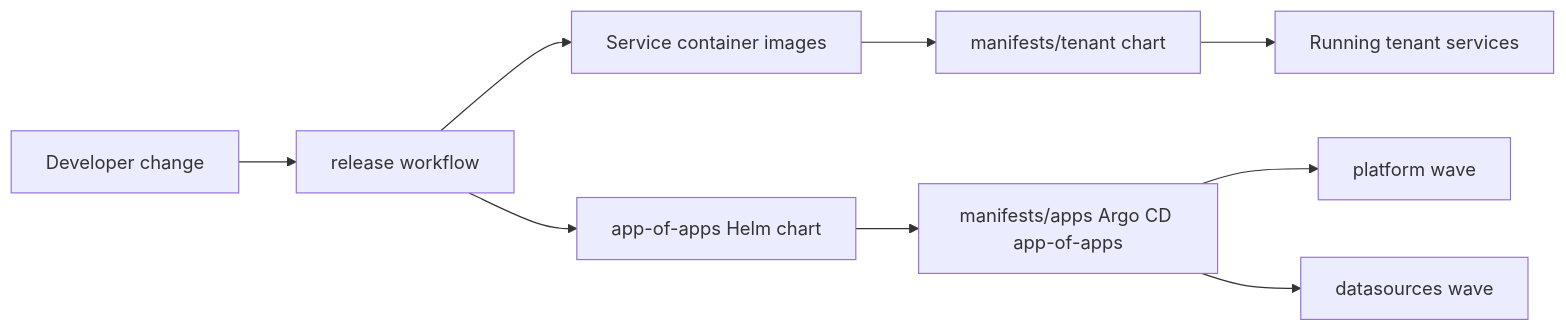
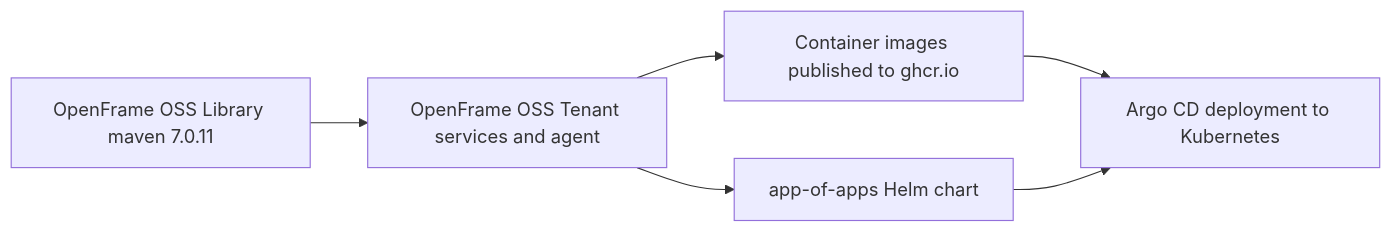
The first of 2 diagrams in docs/development/README.md (flamingo-stack/openframe-oss-tenant), drawn with Mermaid before and after one commit. The commit also changed other lines of this file and 1387 other files, not shown here.

````diff
--- a/docs/development/README.md
+++ b/docs/development/README.md
@@ -97,11 +38,8 @@
 ```mermaid
 flowchart LR
-    Dev["Developer change"] --> CI["release workflow"]
-    CI --> Images["Service container images"]
-    CI --> Chart["app-of-apps Helm chart"]
-    Images --> Tenant["manifests/tenant chart"]
-    Chart --> AppsOfApps["manifests/apps Argo CD app-of-apps"]
-    AppsOfApps --> Platform["platform wave"]
-    AppsOfApps --> Datasources["datasources wave"]
-    Tenant --> RunningServices["Running tenant services"]
+    Lib["OpenFrame OSS Library maven 7.0.11"] --> Tenant["OpenFrame OSS Tenant services and agent"]
+    Tenant --> Images["Container images published to ghcr.io"]
+    Tenant --> Chart["app-of-apps Helm chart"]
+    Images --> Deploy["Argo CD deployment to Kubernetes"]
+    Chart --> Deploy
 ```
````
